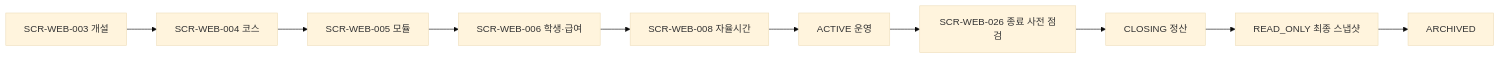
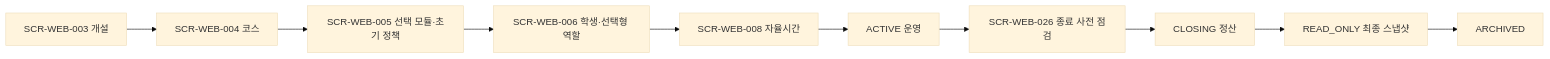
One commit to watermell0n/EcoVillgae changed the third of 3 diagrams in docs/SCREEN_SPEC.md. Above: the diagram before and after it, drawn with Mermaid (base theme). The commit also changed other lines of this file and 48 other files, not shown here.

````diff
--- a/docs/SCREEN_SPEC.md
+++ b/docs/SCREEN_SPEC.md
@@ -348,12 +348,12 @@
 ```mermaid
 flowchart LR
     A["SCR-WEB-003 개설"] --> B["SCR-WEB-004 코스"]
-    B --> C["SCR-WEB-005 모듈"]
-    C --> D["SCR-WEB-006 학생·급여"]
+    B --> C["SCR-WEB-005 선택 모듈·초기 정책"]
+    C --> D["SCR-WEB-006 학생·선택형 역할"]
     D --> E["SCR-WEB-008 자율시간"]
     E --> F["ACTIVE 운영"]
     F --> G["SCR-WEB-026 종료 사전 점검"]
     G --> H["CLOSING 정산"]
     H --> I["READ_ONLY 최종 스냅샷"]
     I --> J["ARCHIVED"]
 ```
````
